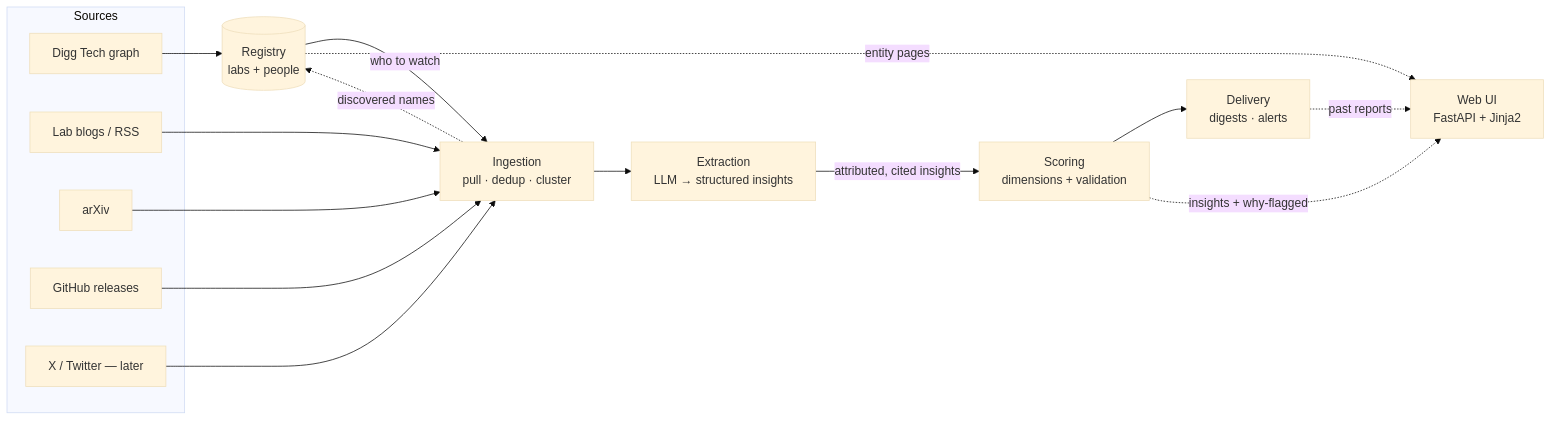
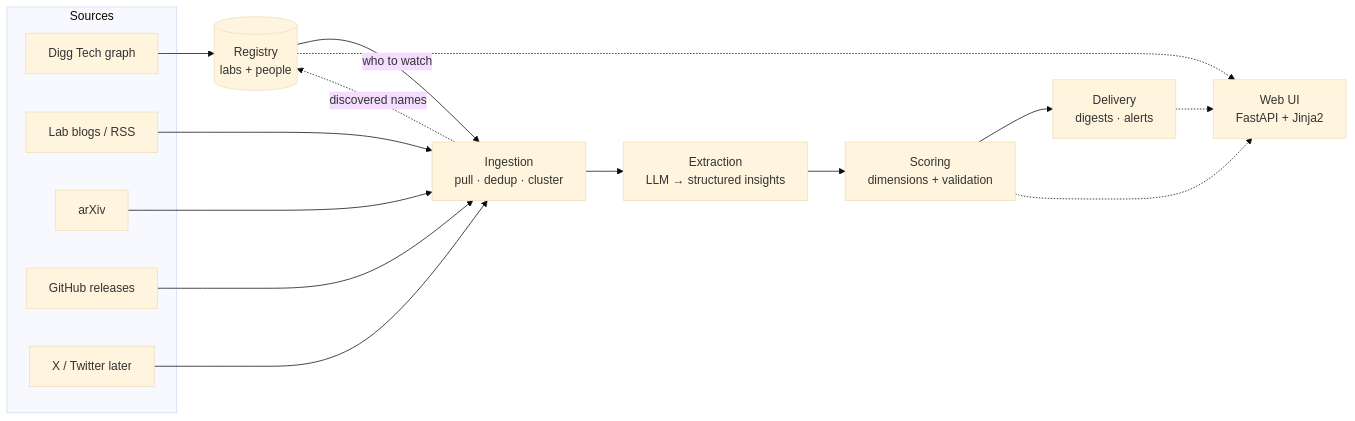
Before and after one commit to AdithyanI/frontier-lab-intelligence: the first of 3 diagrams in docs/architecture/overview.md, drawn with Mermaid (base theme). The commit also changed other lines of this file and 20 other files, not shown here.

````diff
--- a/docs/architecture/overview.md
+++ b/docs/architecture/overview.md
@@ -18,28 +27,28 @@
 ```mermaid
 flowchart LR
     subgraph sources [Sources]
         DIGG[Digg Tech graph]
         BLOGS[Lab blogs / RSS]
         ARXIV[arXiv]
         GH[GitHub releases]
-        X[X / Twitter — later]
+        X[X / Twitter later]
     end
 
     REG[(Registry<br/>labs + people)]
     ING[Ingestion<br/>pull · dedup · cluster]
     EXT[Extraction<br/>LLM → structured insights]
     SCO[Scoring<br/>dimensions + validation]
     DEL[Delivery<br/>digests · alerts]
     UI[Web UI<br/>FastAPI + Jinja2]
 
+    DIGG --> REG
     REG -->|who to watch| ING
-    DIGG --> REG
     BLOGS & ARXIV & GH & X --> ING
     ING --> EXT
-    EXT -->|attributed, cited insights| SCO
+    EXT --> SCO
     SCO --> DEL
-    REG -.->|entity pages| UI
-    SCO -.->|insights + why-flagged| UI
-    DEL -.->|past reports| UI
+    REG -.-> UI
+    SCO -.-> UI
+    DEL -.-> UI
     ING -.->|discovered names| REG
 ```
````
